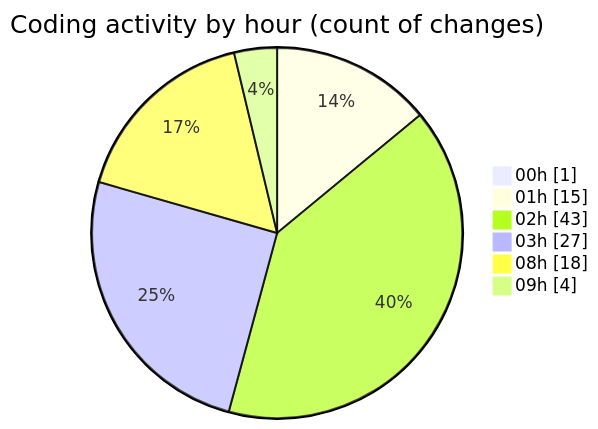
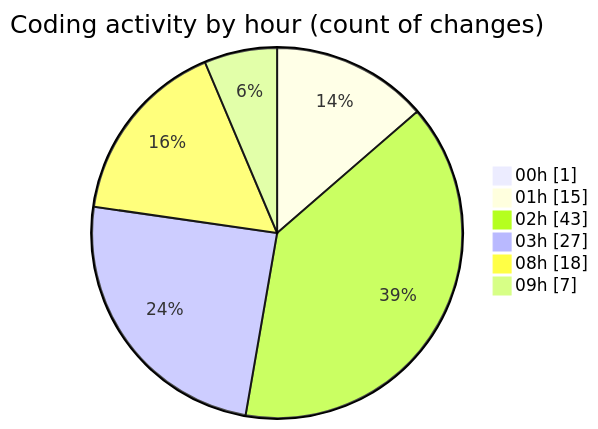
The second of 2 diagrams in 2025-05-01/niten/README.md (Elitesun/code-tracking), drawn with Mermaid before and after one commit. The commit also changed other lines of this file and 1 other file, not shown here.

````diff
--- a/2025-05-01/niten/README.md
+++ b/2025-05-01/niten/README.md
@@ -59,10 +60,10 @@
 ```mermaid
 pie showData
 title Coding activity by hour (count of changes)
 "00h" : 1
 "01h" : 15
 "02h" : 43
 "03h" : 27
 "08h" : 18
-"09h" : 4
+"09h" : 7
 ```
````
